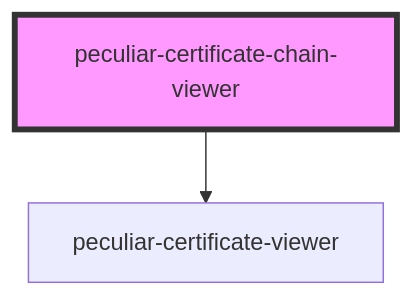
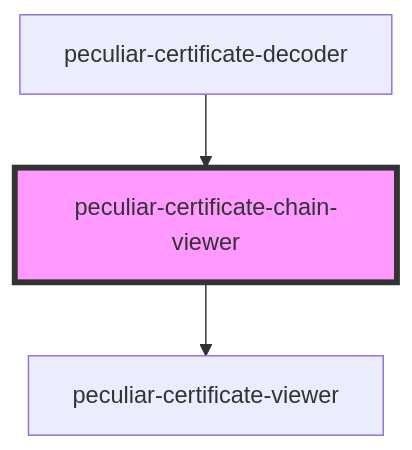
Before and after one commit to PeculiarVentures/pv-certificates-viewer: the diagram in packages/webcomponents/src/components/certificate-chain-viewer/readme.md, drawn with Mermaid. The commit also changed other lines of this file and 10 other files, not shown here.

Commit message:
feat(webcomponents): update "peculiar-certificate-chain-viewer" styles and add download functionality

````diff
--- a/packages/webcomponents/src/components/certificate-chain-viewer/readme.md
+++ b/packages/webcomponents/src/components/certificate-chain-viewer/readme.md
@@ -29,5 +27,6 @@
 ```mermaid
 graph TD;
   peculiar-certificate-chain-viewer --> peculiar-certificate-viewer
+  peculiar-certificate-decoder --> peculiar-certificate-chain-viewer
   style peculiar-certificate-chain-viewer fill:#f9f,stroke:#333,stroke-width:4px
 ```
````
